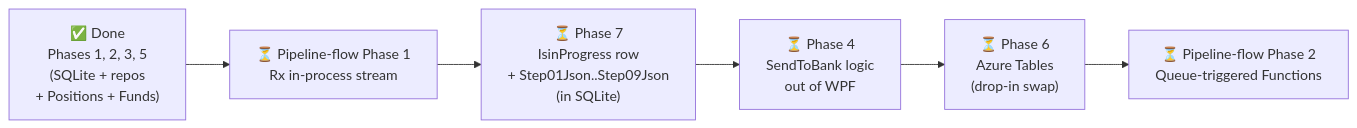
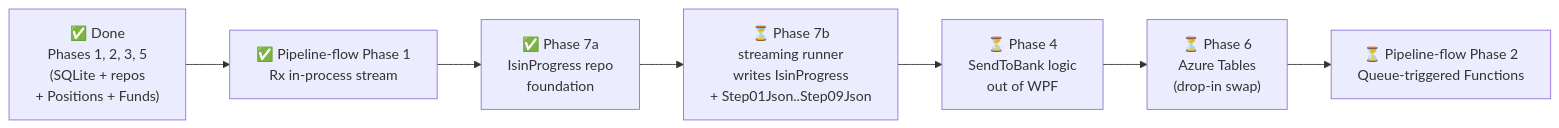
Before and after one commit to Muhomorik/FikaFinans: the sixth of 6 diagrams in Docs/storage-migration-plan.md, drawn with Mermaid. The commit also changed other lines of this file and 10 other files, not shown here.

Commit message:
Add `IsinProgressRepository` with SQLite-backed implementation, define `IsinProgressEntity` and `IsinProgressState`, configure EF mapping, and write unit tests for repository operations.

````diff
--- a/Docs/storage-migration-plan.md
+++ b/Docs/storage-migration-plan.md
@@ -380,8 +383,9 @@
 ```mermaid
 flowchart LR
-  done["✅ Done<br/>Phases 1, 2, 3, 5<br/>(SQLite + repos<br/>+ Positions + Funds)"] --> rx["⏳ Pipeline-flow Phase 1<br/>Rx in-process stream"]
-  rx --> p7["⏳ Phase 7<br/>IsinProgress row<br/>+ Step01Json..Step09Json<br/>(in SQLite)"]
-  p7 --> p4["⏳ Phase 4<br/>SendToBank logic<br/>out of WPF"]
+  done["✅ Done<br/>Phases 1, 2, 3, 5<br/>(SQLite + repos<br/>+ Positions + Funds)"] --> rx["✅ Pipeline-flow Phase 1<br/>Rx in-process stream"]
+  rx --> p7a["✅ Phase 7a<br/>IsinProgress repo<br/>foundation"]
+  p7a --> p7b["⏳ Phase 7b<br/>streaming runner<br/>writes IsinProgress<br/>+ Step01Json..Step09Json"]
+  p7b --> p4["⏳ Phase 4<br/>SendToBank logic<br/>out of WPF"]
   p4 --> p6["⏳ Phase 6<br/>Azure Tables<br/>(drop-in swap)"]
   p6 --> p2["⏳ Pipeline-flow Phase 2<br/>Queue-triggered Functions"]
 ```
````
